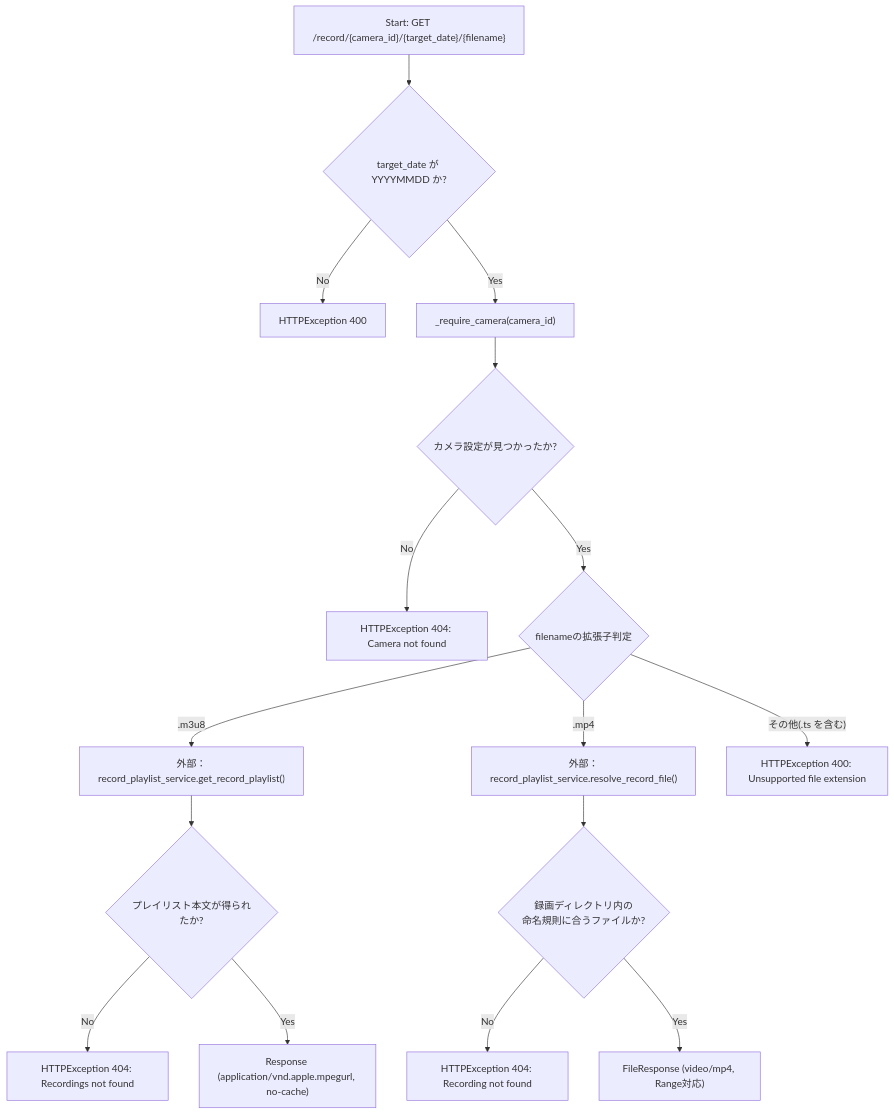
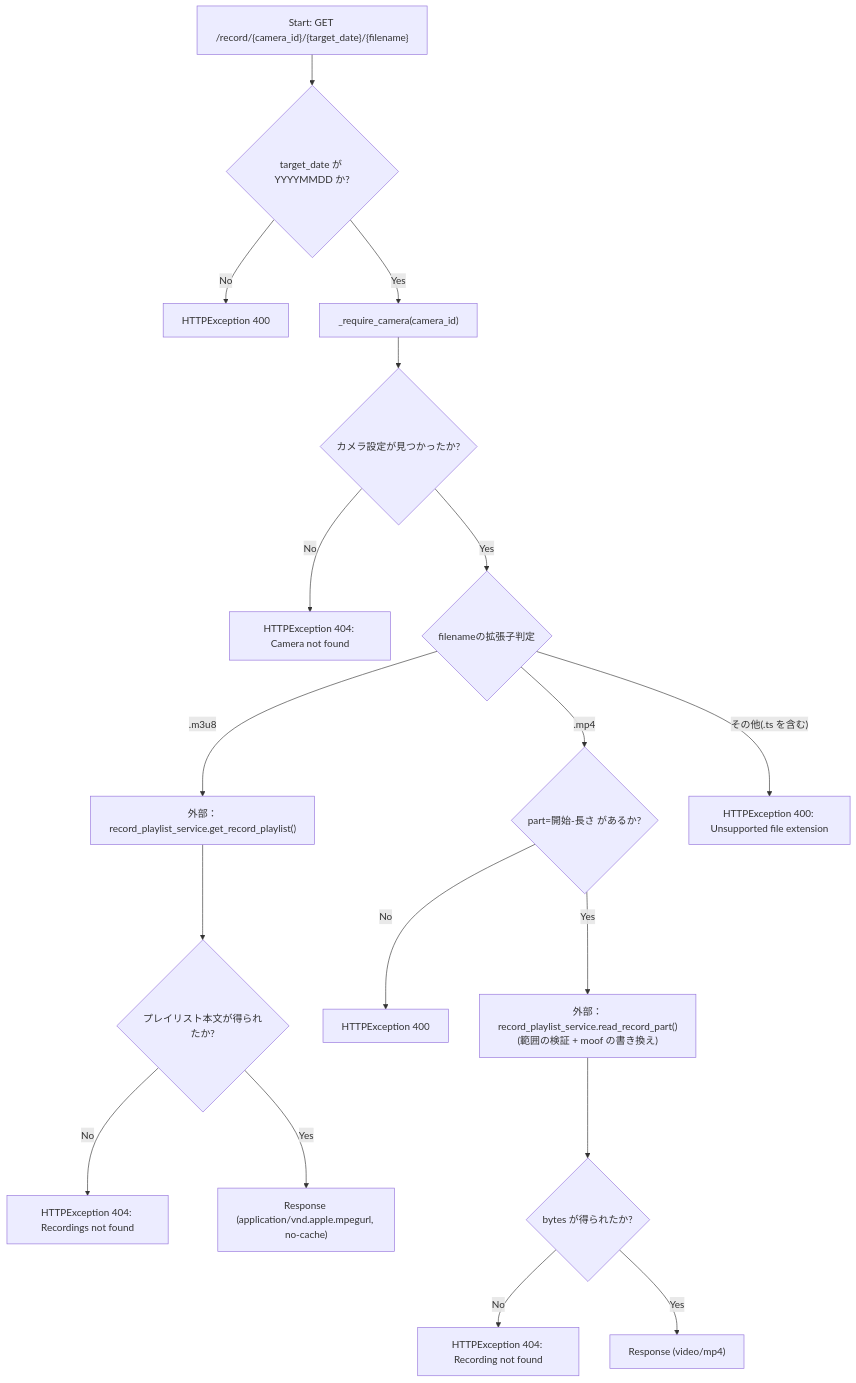
Before and after one commit to mmtigers/my_python_project: the first of 2 diagrams in docs/specifications/MY_HOME_SYSTEM/camera_router.md, drawn with Mermaid. The commit also changed other lines of this file and 5 other files, not shown here.

````diff
--- a/docs/specifications/MY_HOME_SYSTEM/camera_router.md
+++ b/docs/specifications/MY_HOME_SYSTEM/camera_router.md
@@ -218,21 +218,23 @@
 ```mermaid
 flowchart TD
     Start["Start: GET /record/{camera_id}/{target_date}/{filename}"] --> DateCheck{"target_date が YYYYMMDD か?"}
     DateCheck -- No --> Err400d["HTTPException 400"]
     DateCheck -- Yes --> ReqCam["_require_camera(camera_id)"]
     ReqCam --> CamFound{"カメラ設定が見つかったか?"}
     CamFound -- No --> Err404a["HTTPException 404: Camera not found"]
     CamFound -- Yes --> ExtCheck{"filenameの拡張子判定"}
 
     ExtCheck -- ".m3u8" --> GenPlaylist["外部：record_playlist_service.get_record_playlist()"]
     GenPlaylist --> PlaylistOk{"プレイリスト本文が得られたか?"}
     PlaylistOk -- No --> Err404b["HTTPException 404: Recordings not found"]
     PlaylistOk -- Yes --> RespM3u8["Response (application/vnd.apple.mpegurl, no-cache)"]
 
-    ExtCheck -- ".mp4" --> Resolve["外部：record_playlist_service.resolve_record_file()"]
-    Resolve --> PathOk{"録画ディレクトリ内の<br>命名規則に合うファイルか?"}
-    PathOk -- No --> Err404c["HTTPException 404: Recording not found"]
-    PathOk -- Yes --> RespMp4["FileResponse (video/mp4, Range対応)"]
+    ExtCheck -- ".mp4" --> PartCheck{"part=開始-長さ があるか?"}
+    PartCheck -- No --> Err400p["HTTPException 400"]
+    PartCheck -- Yes --> ReadPart["外部：record_playlist_service.read_record_part()<br>(範囲の検証 + moof の書き換え)"]
+    ReadPart --> PartOk{"bytes が得られたか?"}
+    PartOk -- No --> Err404c["HTTPException 404: Recording not found"]
+    PartOk -- Yes --> RespMp4["Response (video/mp4)"]
 
     ExtCheck -- "その他(.ts を含む)" --> Err400b["HTTPException 400: Unsupported file extension"]
 ```
````
